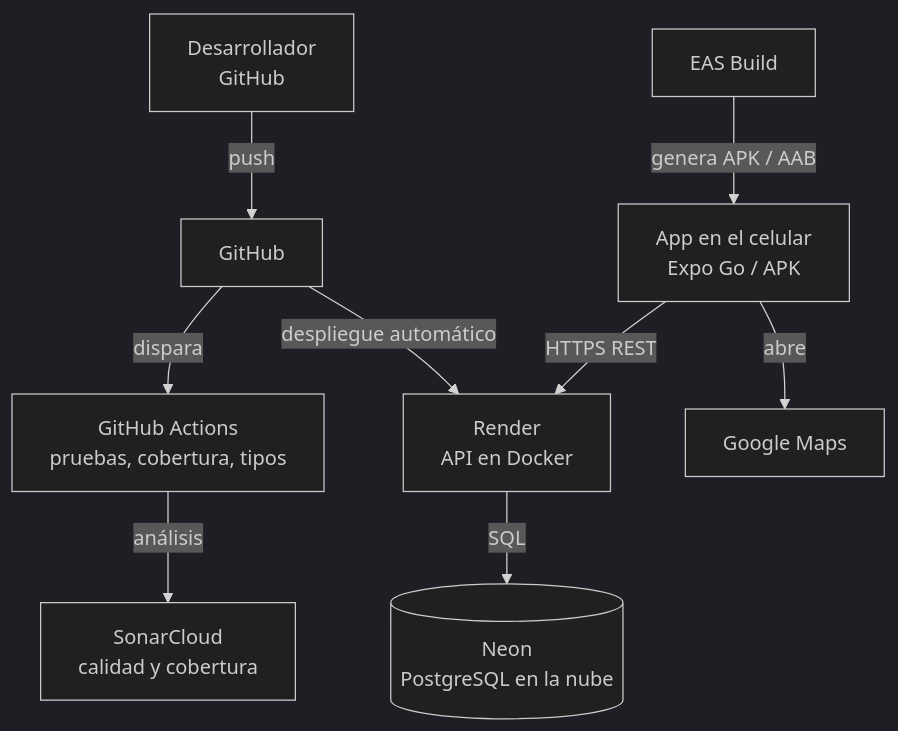
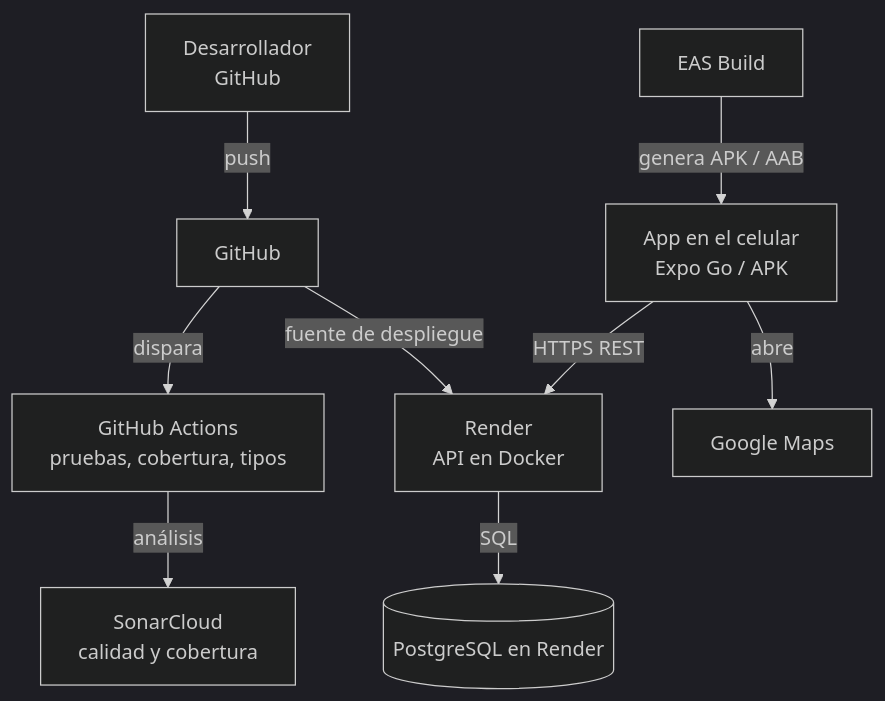
One commit to paulinacardona028-netizen/vidaenred-app changed the sixth of 7 diagrams in docs/02-diagramas.md. Above: the diagram before and after it, drawn with Mermaid (dark theme). The commit also changed other lines of this file, not shown here.

Commit message:
docs: actualizar diagramas y verificar correspondencia con el codigo

````diff
--- a/docs/02-diagramas.md
+++ b/docs/02-diagramas.md
@@ -197,11 +210,11 @@
 ```mermaid
 flowchart TB
   dev[Desarrollador<br/>GitHub] -->|push| gh[GitHub]
   gh -->|dispara| ci[GitHub Actions<br/>pruebas, cobertura, tipos]
   ci -->|análisis| sonar[SonarCloud<br/>calidad y cobertura]
-  gh -->|despliegue automático| render[Render<br/>API en Docker]
-  render -->|SQL| neon[(Neon<br/>PostgreSQL en la nube)]
+  gh -->|fuente de despliegue| render[Render<br/>API en Docker]
+  render -->|SQL| pg[(PostgreSQL en Render)]
   celular[App en el celular<br/>Expo Go / APK] -->|HTTPS REST| render
   celular -->|abre| maps[Google Maps]
   eas[EAS Build] -->|genera APK / AAB| celular
 ```
````
